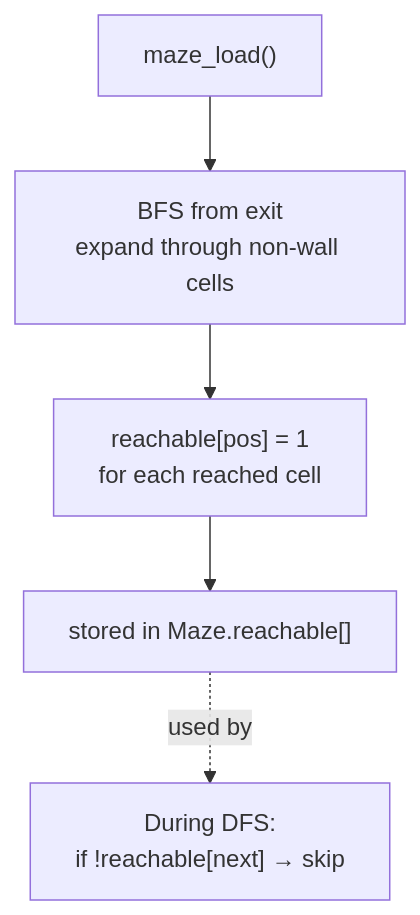
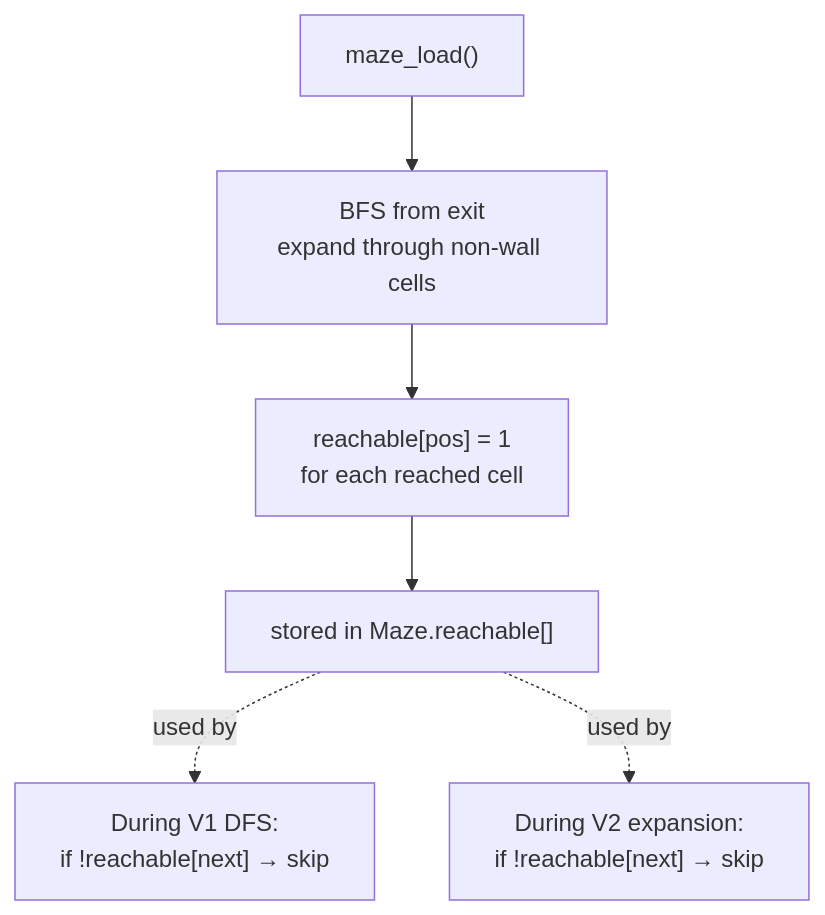
The first of 4 diagrams in docs/optimizations.md (joseluinux/DSA5hSemesterProject), drawn with Mermaid before and after one commit. The commit also changed other lines of this file and 5 other files, not shown here.

````diff
--- a/docs/optimizations.md
+++ b/docs/optimizations.md
@@ -54,11 +56,13 @@
 ```mermaid
 flowchart TD
     LOAD["maze_load()"]
     BFS["BFS from exit\nexpand through non-wall cells"]
     MARK["reachable[pos] = 1\nfor each reached cell"]
     STORE["stored in Maze.reachable[]"]
-    DFS["During DFS:\nif !reachable[next] → skip"]
+    DFS["During V1 DFS:\nif !reachable[next] → skip"]
+    PF["During V2 expansion:\nif !reachable[next] → skip"]
 
     LOAD --> BFS --> MARK --> STORE
     STORE -.used by.-> DFS
+    STORE -.used by.-> PF
 ```
````
